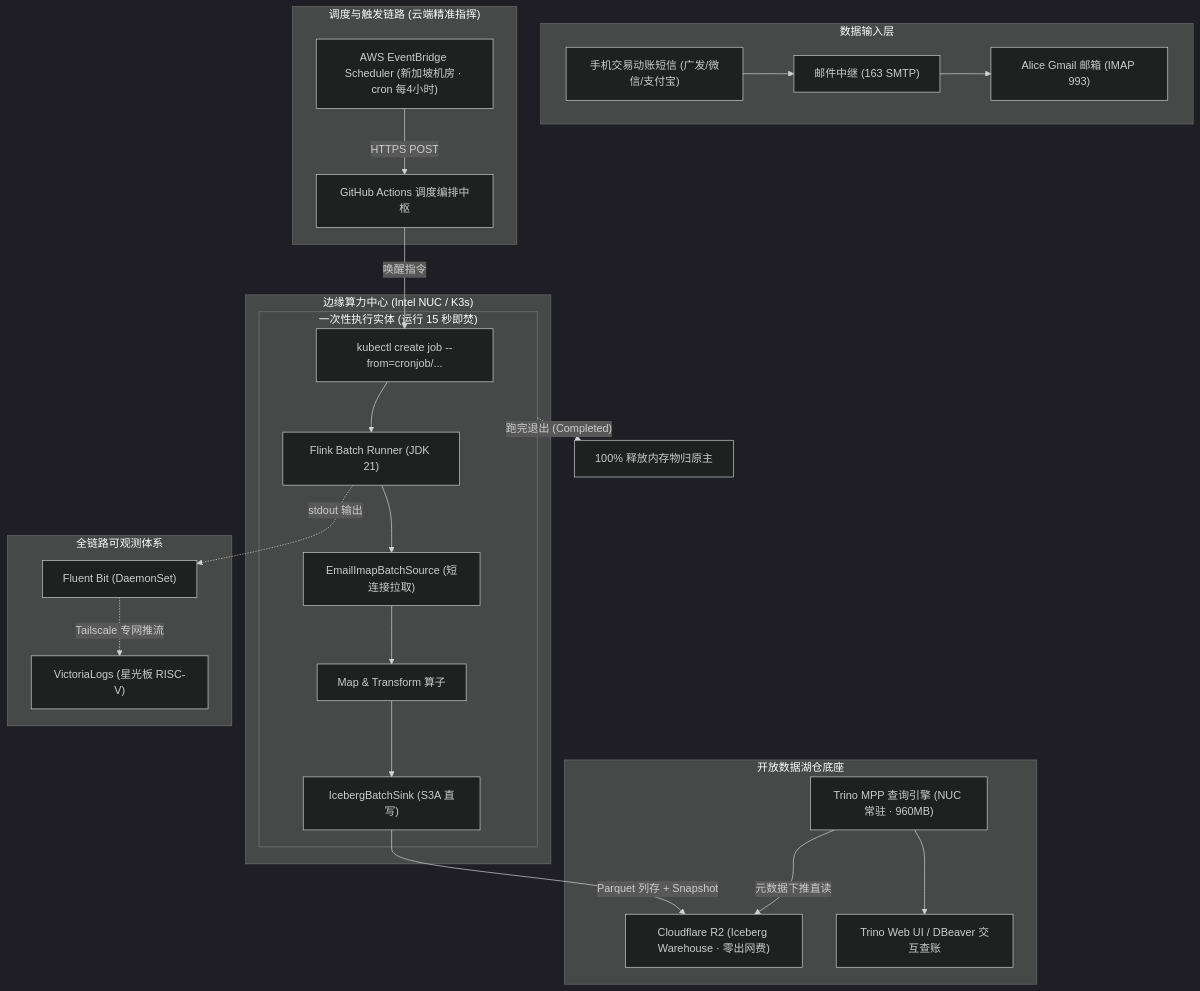
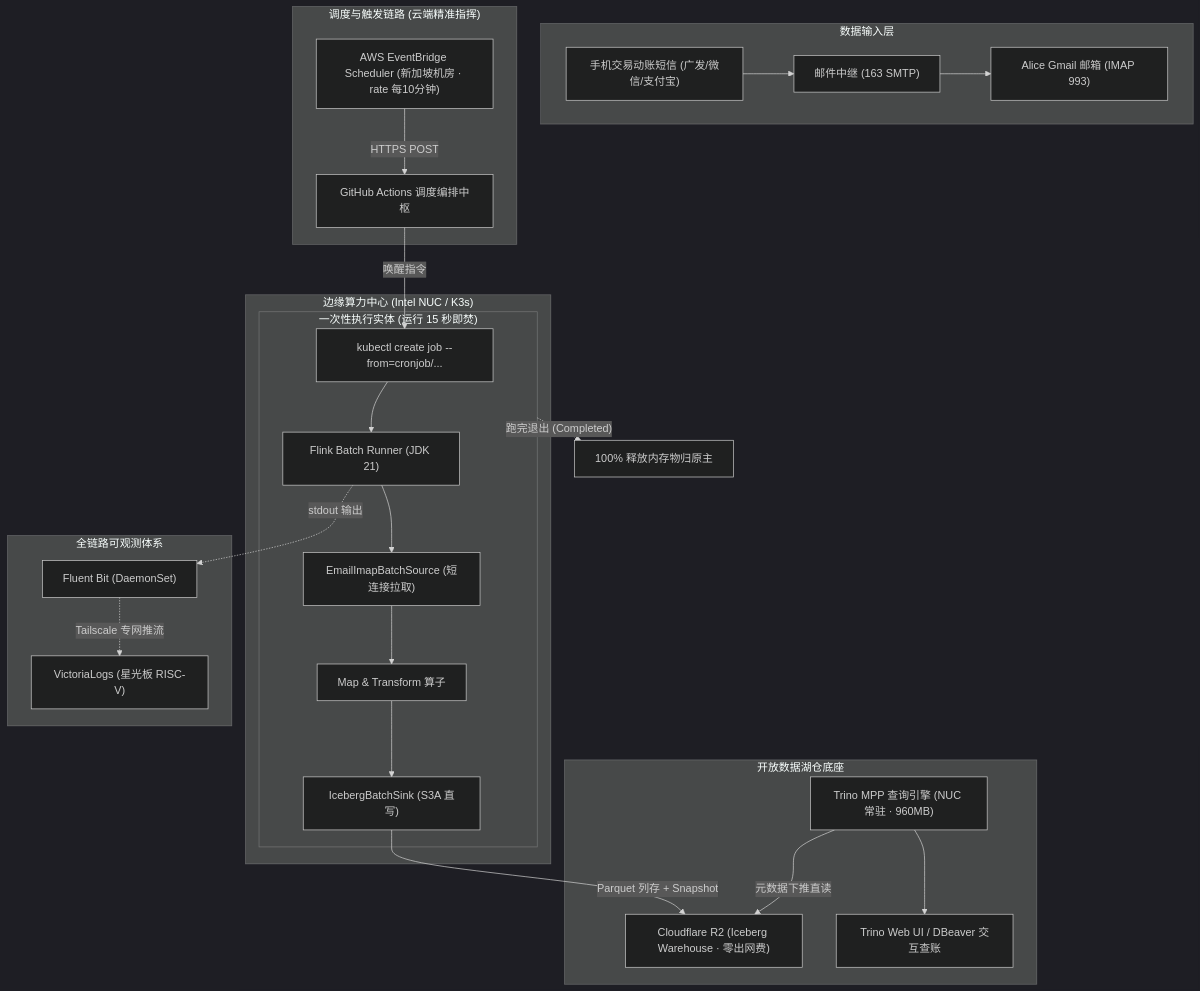
One commit to nvd11/sms-flink-etl changed the first of 3 diagrams in docs/flink-zero-resident-batch-gitops-guide.md. Above: the diagram before and after it, drawn with Mermaid (dark theme). The commit also changed other lines of this file and 4 other files, not shown here.

````diff
--- a/docs/flink-zero-resident-batch-gitops-guide.md
+++ b/docs/flink-zero-resident-batch-gitops-guide.md
@@ -17,37 +17,37 @@
 ```mermaid
 flowchart TD
     subgraph DataSources ["数据输入层"]
         Sms["手机交易动账短信 (广发/微信/支付宝)"] --> MailRelay["邮件中继 (163 SMTP)"]
         MailRelay --> Gmail["Alice Gmail 邮箱 (IMAP 993)"]
     end
 
     subgraph TriggerChain ["调度与触发链路 (云端精准指挥)"]
-        AWS["AWS EventBridge Scheduler (新加坡机房 · cron 每4小时)"]
+        AWS["AWS EventBridge Scheduler (新加坡机房 · rate 每10分钟)"]
         GHA["GitHub Actions 调度编排中枢"]
         AWS -->|HTTPS POST| GHA
     end
 
     subgraph EdgeCompute ["边缘算力中心 (Intel NUC / K3s)"]
         GHA -->|唤醒指令| K3sTrigger["kubectl create job --from=cronjob/..."]
         
         subgraph EphemeralPod ["一次性执行实体 (运行 15 秒即焚)"]
             K3sTrigger --> Runner["Flink Batch Runner (JDK 21)"]
             Runner --> Source["EmailImapBatchSource (短连接拉取)"]
             Source --> Transform["Map & Transform 算子"]
             Transform --> Sink["IcebergBatchSink (S3A 直写)"]
         end
     end
 
     subgraph StorageLakehouse ["开放数据湖仓底座"]
         Sink -->|Parquet 列存 + Snapshot| R2["Cloudflare R2 (Iceberg Warehouse · 零出网费)"]
         Trino["Trino MPP 查询引擎 (NUC 常驻 · 960MB)"] -->|元数据下推直读| R2
         Trino --> WebUI["Trino Web UI / DBeaver 交互查账"]
     end
 
     subgraph Observability ["全链路可观测体系"]
         Runner -.->|stdout 输出| FluentBit["Fluent Bit (DaemonSet)"]
         FluentBit -.->|Tailscale 专网推流| VLogs["VictoriaLogs (星光板 RISC-V)"]
     end
 
     EphemeralPod -.->|"跑完退出 (Completed)"| MemoryFree["100% 释放内存物归原主"]
 ```
````
